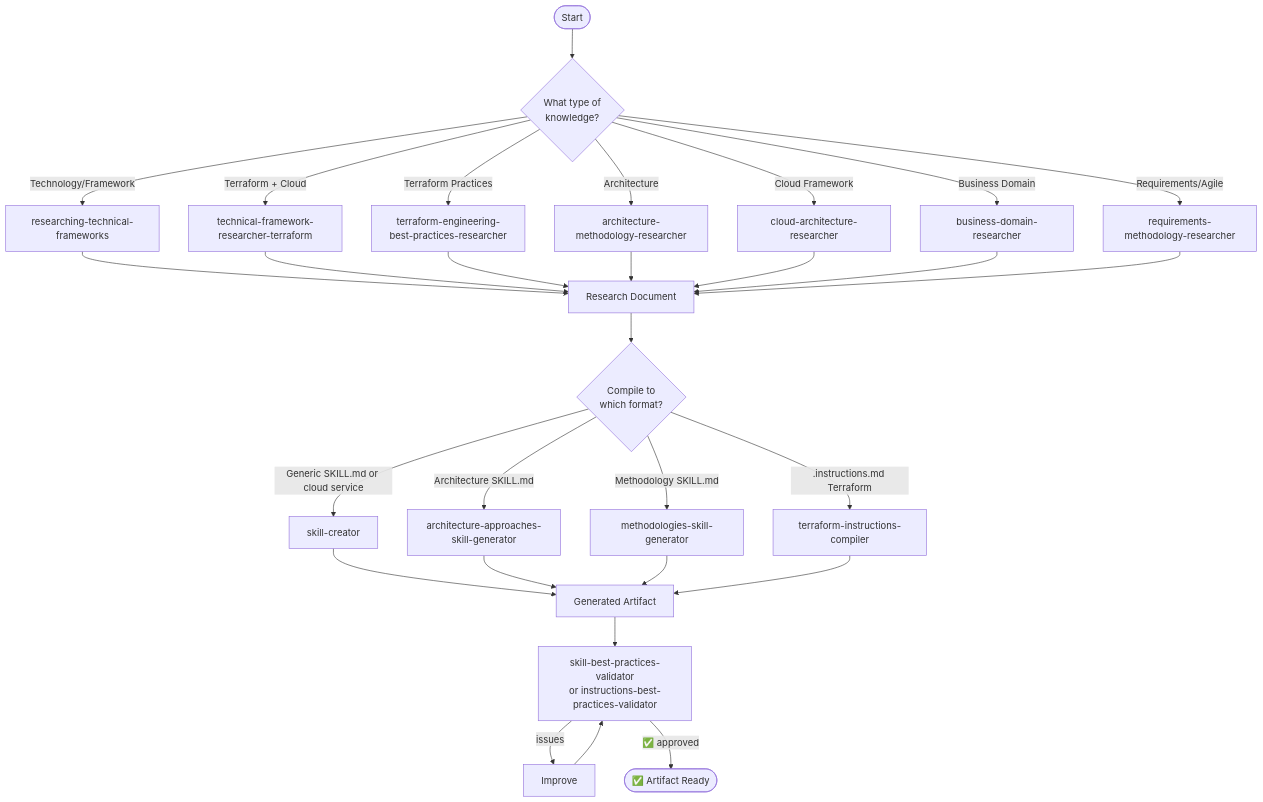
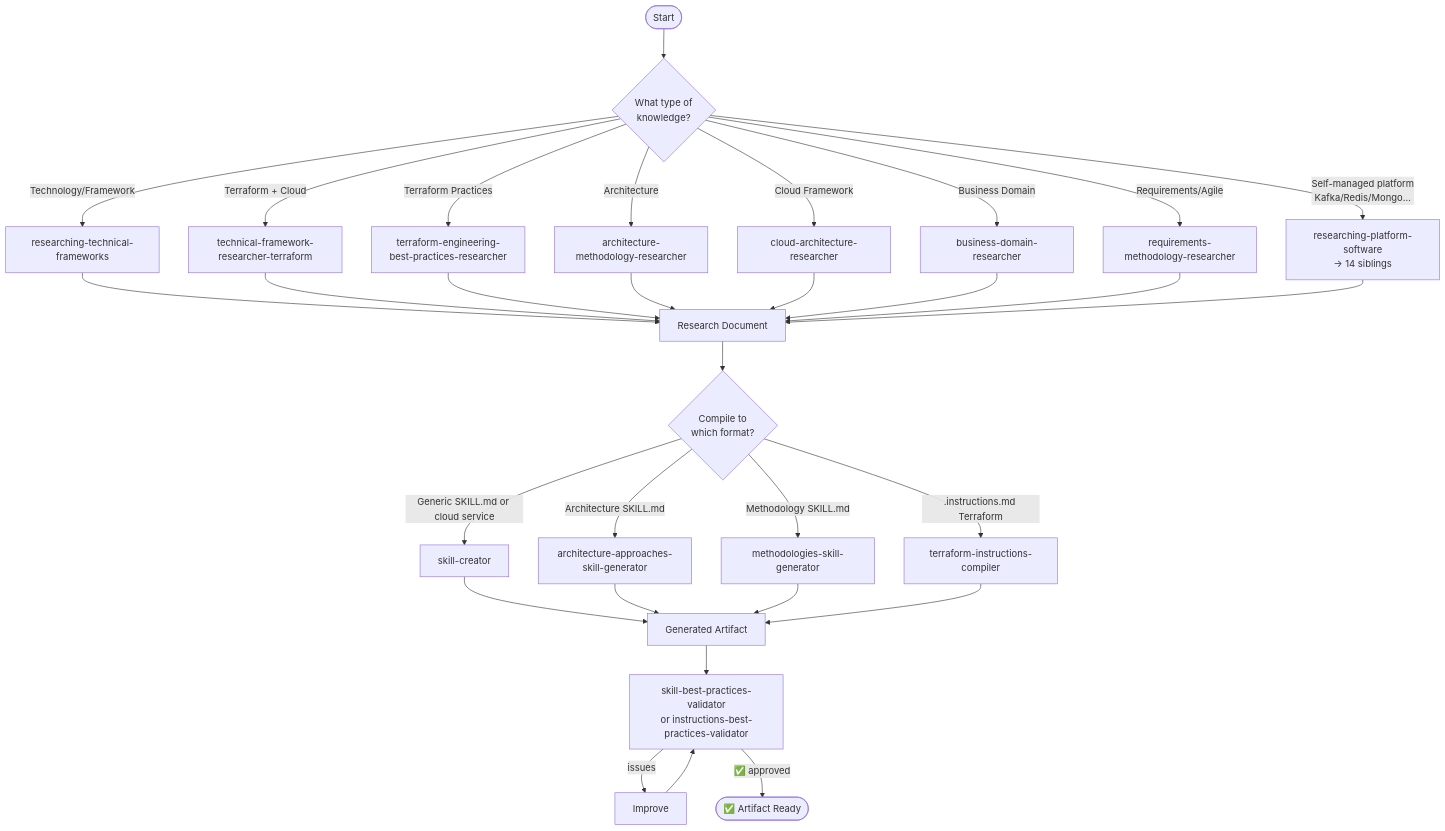
Before and after one commit to rodrigo-mendes/agents-factory: the first of 2 diagrams in docs/fluxos/fluxo-base-conhecimento.md, drawn with Mermaid. The commit also changed other lines of this file and 86 other files, not shown here.

First line of the commit message:
feat(platform-software): add 15-command platform-software research family and update all docs

````diff
--- a/docs/fluxos/fluxo-base-conhecimento.md
+++ b/docs/fluxos/fluxo-base-conhecimento.md
@@ -9,39 +9,41 @@
 ```mermaid
 flowchart TD
     START([Start]) --> CHOOSE{What type of<br/>knowledge?}
     
     CHOOSE -->|Technology/Framework| R1[researching-technical-frameworks]
     CHOOSE -->|Terraform + Cloud| R2[technical-framework-researcher-terraform]
     CHOOSE -->|Terraform Practices| R3[terraform-engineering-best-practices-researcher]
     CHOOSE -->|Architecture| R4[architecture-methodology-researcher]
     CHOOSE -->|Cloud Framework| R5[cloud-architecture-researcher]
     CHOOSE -->|Business Domain| R6[business-domain-researcher]
     CHOOSE -->|Requirements/Agile| R7[requirements-methodology-researcher]
+    CHOOSE -->|Self-managed platform<br/>Kafka/Redis/Mongo…| R8[researching-platform-software<br/>→ 14 siblings]
     
     R1 --> DOC[Research Document]
     R2 --> DOC
     R3 --> DOC
     R4 --> DOC
     R5 --> DOC
     R6 --> DOC
     R7 --> DOC
+    R8 --> DOC
     
     DOC --> COMPILE{Compile to<br/>which format?}
     
     COMPILE -->|Generic SKILL.md or cloud service| C1[skill-creator]
     COMPILE -->|Architecture SKILL.md| C2[architecture-approaches-skill-generator]
     COMPILE -->|Methodology SKILL.md| C3[methodologies-skill-generator]
     COMPILE -->|.instructions.md Terraform| C4[terraform-instructions-compiler]
     
     C1 --> ART[Generated Artifact]
     C2 --> ART
     C3 --> ART
     C4 --> ART
     
     ART --> VALID[skill-best-practices-validator<br/>or instructions-best-practices-validator]
     
     VALID -->|issues| IMPROVE[Improve]
     IMPROVE --> VALID
     
     VALID -->|✅ approved| DONE([✅ Artifact Ready])
 ```
````
